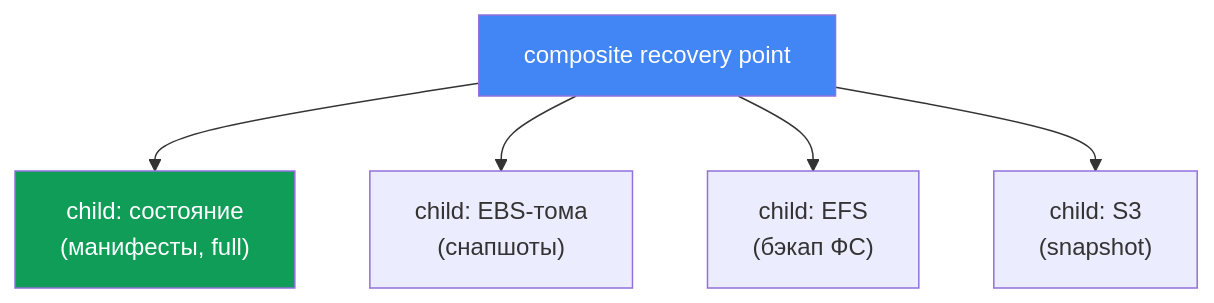
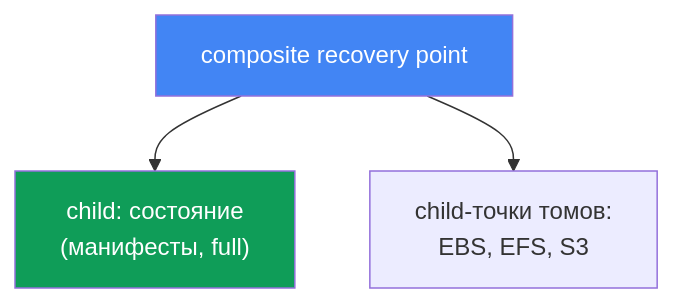
Before and after one commit to ViktorUJ/cks: the second of 3 diagrams in tasks/eks/course/41/ru.md, drawn with Mermaid. The commit also changed other lines of this file and 52 other files, not shown here.

````diff
--- a/tasks/eks/course/41/ru.md
+++ b/tasks/eks/course/41/ru.md
@@ -125,14 +125,7 @@
 ```mermaid
 flowchart TB
-    comp["composite recovery point"]
-    state["child: состояние<br>(манифесты, full)"]
-    ebs["child: EBS-тома<br>(снапшоты)"]
-    efs["child: EFS<br>(бэкап ФС)"]
-    s3["child: S3<br>(snapshot)"]
-    comp --> state
-    comp --> ebs
-    comp --> efs
-    comp --> s3
+    comp["composite recovery point"] --> state["child: состояние<br/>(манифесты, full)"]
+    comp --> vols["child-точки томов:<br/>EBS, EFS, S3"]
     style comp fill:#4285f4,color:#fff
     style state fill:#0f9d58,color:#fff
 ```
````
